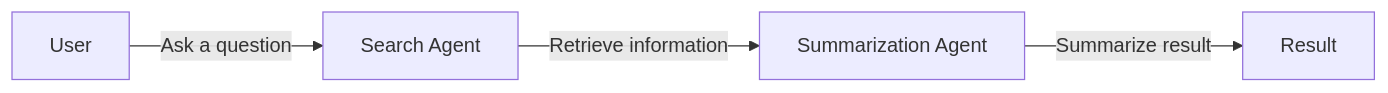
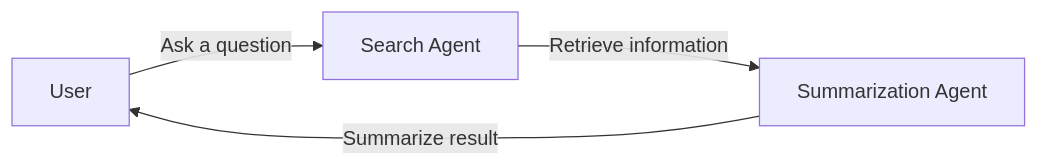
One commit to microsoft/autogen changed the diagram in dotnet/website/articles/Sequential-group-chat.md. Above: the diagram before and after it, drawn with Mermaid. The commit also changed 11 other files, not shown here.

````diff
--- a/dotnet/website/articles/Sequential-group-chat.md
+++ b/dotnet/website/articles/Sequential-group-chat.md
@@ -5,6 +5,6 @@
 ```mermaid
 flowchart LR
     A[User] -->|Ask a question| B[Search Agent]
     B -->|Retrieve information| C[Summarization Agent]
-    C -->|Summarize result| D[Result]
+    C -->|Summarize result| A[User]
 ```
````
